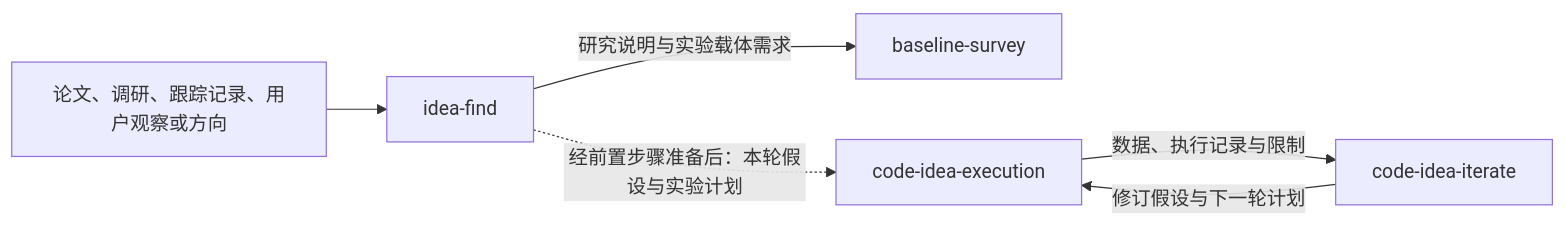
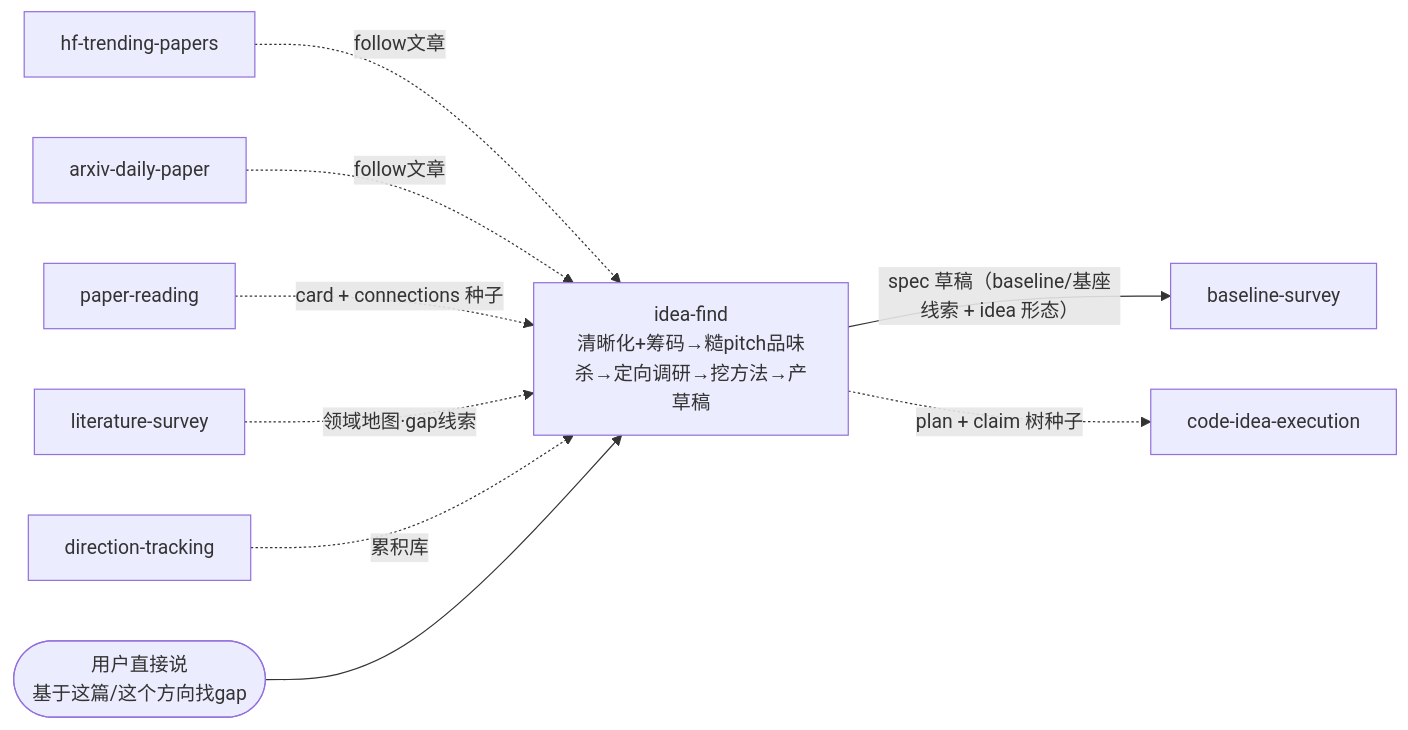
One commit to jackwang0108/dl-assistant changed the first of 2 diagrams in plugins/dl-assistant/skills/idea-find/SKILL.md. Above: the diagram before and after it, drawn with Mermaid. The commit also changed other lines of this file and 256 other files, not shown here.

````diff
--- a/plugins/dl-assistant/skills/idea-find/SKILL.md
+++ b/plugins/dl-assistant/skills/idea-find/SKILL.md
@@ -18,8 +20,12 @@
 ```mermaid
 flowchart LR
-    INPUT[论文、调研、跟踪记录、用户观察或方向] --> IF[idea-find]
-    IF -->|研究说明与实验载体需求| BS[baseline-survey]
-    IF -.->|经前置步骤准备后：本轮假设与实验计划| EX[code-idea-execution]
-    EX -->|数据、执行记录与限制| IT[code-idea-iterate]
-    IT -->|修订假设与下一轮计划| EX
+    HF[hf-trending-papers] -.->|follow文章| IF
+    AD[arxiv-daily-paper] -.->|follow文章| IF
+    PR[paper-reading] -.->|card + connections 种子| IF
+    LS[literature-survey] -.->|领域地图·gap线索| IF
+    DT[direction-tracking] -.->|累积库| IF
+    USER(["用户直接说<br/>基于这篇/这个方向找gap"]) --> IF
+    IF["idea-find<br/>清晰化+筹码→糙pitch品味杀→定向调研→挖方法→产草稿"]
+    IF -->|spec 草稿（baseline/基座线索 + idea 形态）| BS[baseline-survey]
+    IF -.->|plan + claim 树种子| EX[code-idea-execution]
 ```
````
